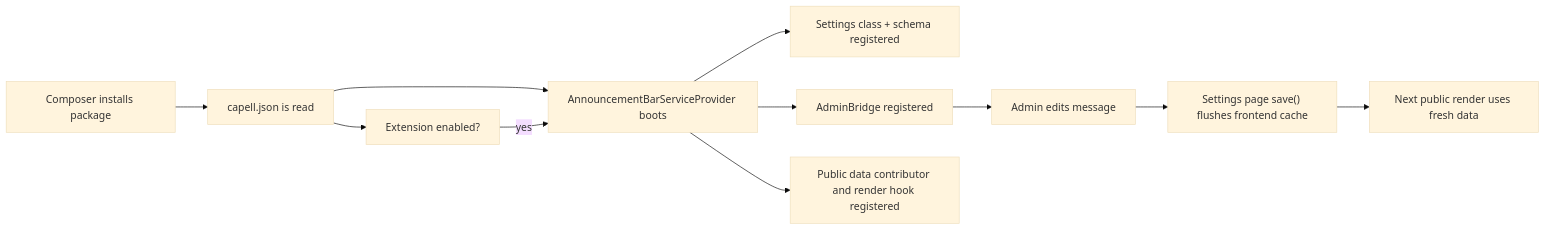
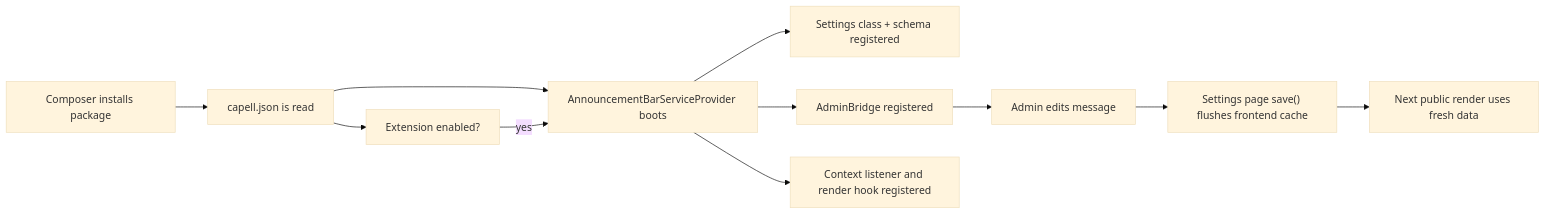
One commit to capell-app/capell changed the diagram in docs/packages/build-extension-end-to-end.md. Above: the diagram before and after it, drawn with Mermaid (base theme). The commit also changed other lines of this file and 2 other files, not shown here.

Commit message:
Use stable frontend context events in the Announcement Bar tutorial

````diff
--- a/docs/packages/build-extension-end-to-end.md
+++ b/docs/packages/build-extension-end-to-end.md
@@ -56,13 +55,13 @@
 ```mermaid
 flowchart LR
     Composer["Composer installs package"] --> Manifest["capell.json is read"]
     Manifest --> Provider["AnnouncementBarServiceProvider boots"]
     Manifest --> Enabled["Extension enabled?"]
     Enabled -->|"yes"| Provider
     Provider --> Settings["Settings class + schema registered"]
     Provider --> Admin["AdminBridge registered"]
-    Provider --> Frontend["Public data contributor and render hook registered"]
+    Provider --> Frontend["Context listener and render hook registered"]
     Admin --> Editor["Admin edits message"]
     Editor --> Save["Settings page save() flushes frontend cache"]
     Save --> Public["Next public render uses fresh data"]
 ```
````
